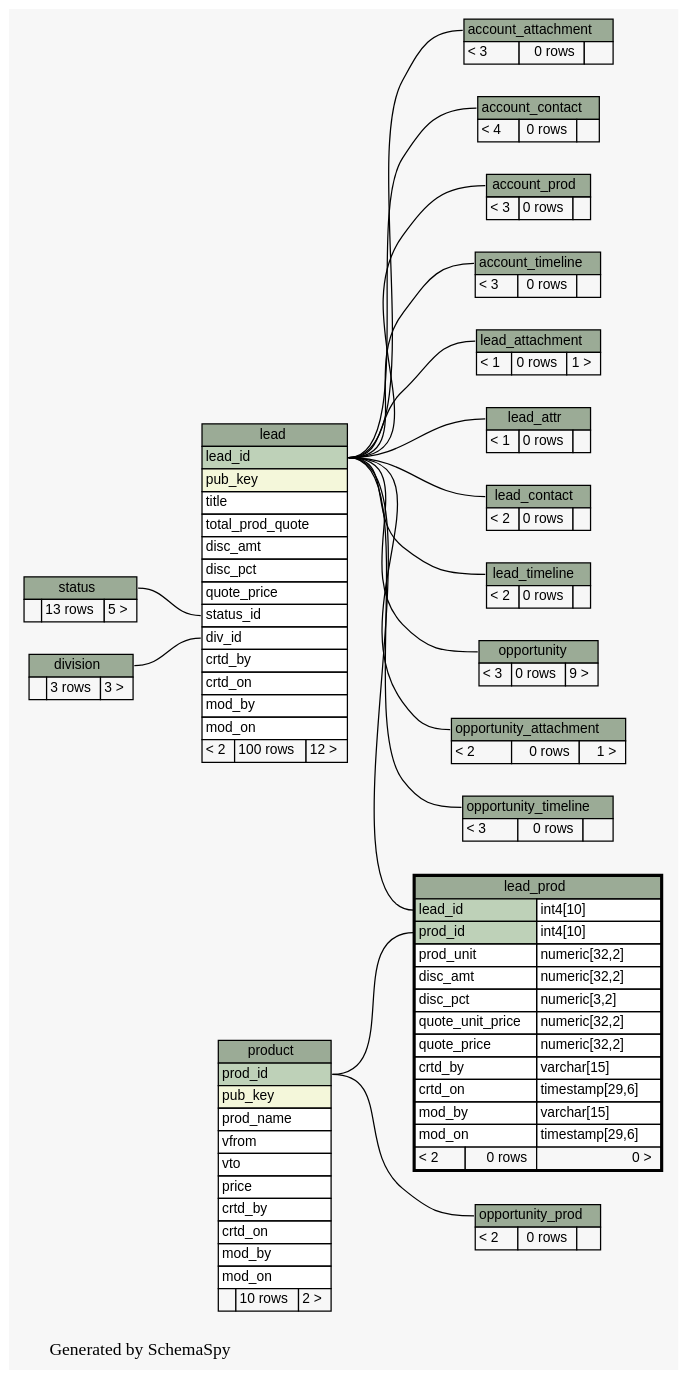
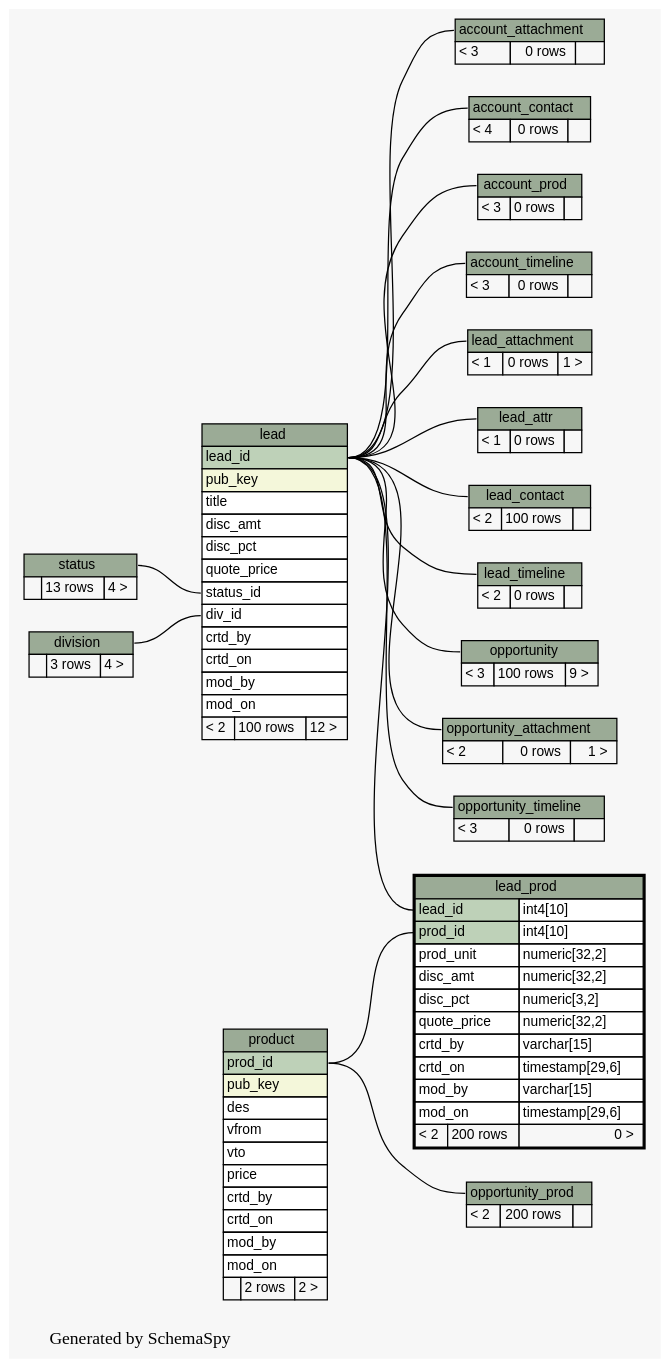
One commit to engineerscraft/salesforce changed the diagram in docs/database/schemaspy/graphs/lead_prod.2degrees.dot. Above: the diagram before and after it, drawn with Graphviz. The commit also changed 206 other files, not shown here.

```diff
--- a/docs/database/schemaspy/graphs/lead_prod.2degrees.dot
+++ b/docs/database/schemaspy/graphs/lead_prod.2degrees.dot
@@ -70,7 +70,7 @@
     label=<
     <TABLE BORDER="0" CELLBORDER="1" CELLSPACING="0" BGCOLOR="#ffffff">
       <TR><TD PORT="division.heading" COLSPAN="3" BGCOLOR="#9bab96" ALIGN="CENTER">division</TD></TR>
-      <TR><TD ALIGN="LEFT" BGCOLOR="#f7f7f7">  </TD><TD ALIGN="RIGHT" BGCOLOR="#f7f7f7">3 rows</TD><TD ALIGN="RIGHT" BGCOLOR="#f7f7f7">3 &gt;</TD></TR>
+      <TR><TD ALIGN="LEFT" BGCOLOR="#f7f7f7">  </TD><TD ALIGN="RIGHT" BGCOLOR="#f7f7f7">3 rows</TD><TD ALIGN="RIGHT" BGCOLOR="#f7f7f7">4 &gt;</TD></TR>
     </TABLE>>
     URL="division.html#graph"
     tooltip="division"
@@ -82,7 +82,6 @@
       <TR><TD PORT="lead_id" COLSPAN="3" BGCOLOR="#bed1b8" ALIGN="LEFT">lead_id</TD></TR>
       <TR><TD PORT="pub_key" COLSPAN="3" BGCOLOR="#f4f7da" ALIGN="LEFT">pub_key</TD></TR>
       <TR><TD PORT="title" COLSPAN="3" ALIGN="LEFT">title</TD></TR>
-      <TR><TD PORT="total_prod_quote" COLSPAN="3" ALIGN="LEFT">total_prod_quote</TD></TR>
       <TR><TD PORT="disc_amt" COLSPAN="3" ALIGN="LEFT">disc_amt</TD></TR>
       <TR><TD PORT="disc_pct" COLSPAN="3" ALIGN="LEFT">disc_pct</TD></TR>
       <TR><TD PORT="quote_price" COLSPAN="3" ALIGN="LEFT">quote_price</TD></TR>
@@ -119,7 +118,7 @@
     label=<
     <TABLE BORDER="0" CELLBORDER="1" CELLSPACING="0" BGCOLOR="#ffffff">
       <TR><TD PORT="lead_contact.heading" COLSPAN="3" BGCOLOR="#9bab96" ALIGN="CENTER">lead_contact</TD></TR>
-      <TR><TD ALIGN="LEFT" BGCOLOR="#f7f7f7">&lt; 2</TD><TD ALIGN="RIGHT" BGCOLOR="#f7f7f7">0 rows</TD><TD ALIGN="RIGHT" BGCOLOR="#f7f7f7">  </TD></TR>
+      <TR><TD ALIGN="LEFT" BGCOLOR="#f7f7f7">&lt; 2</TD><TD ALIGN="RIGHT" BGCOLOR="#f7f7f7">100 rows</TD><TD ALIGN="RIGHT" BGCOLOR="#f7f7f7">  </TD></TR>
     </TABLE>>
     URL="lead_contact.html#graph"
     tooltip="lead_contact"
@@ -133,13 +132,12 @@
       <TR><TD PORT="prod_unit" COLSPAN="2" ALIGN="LEFT">prod_unit</TD><TD PORT="prod_unit.type" ALIGN="LEFT">numeric[32,2]</TD></TR>
       <TR><TD PORT="disc_amt" COLSPAN="2" ALIGN="LEFT">disc_amt</TD><TD PORT="disc_amt.type" ALIGN="LEFT">numeric[32,2]</TD></TR>
       <TR><TD PORT="disc_pct" COLSPAN="2" ALIGN="LEFT">disc_pct</TD><TD PORT="disc_pct.type" ALIGN="LEFT">numeric[3,2]</TD></TR>
-      <TR><TD PORT="quote_unit_price" COLSPAN="2" ALIGN="LEFT">quote_unit_price</TD><TD PORT="quote_unit_price.type" ALIGN="LEFT">numeric[32,2]</TD></TR>
       <TR><TD PORT="quote_price" COLSPAN="2" ALIGN="LEFT">quote_price</TD><TD PORT="quote_price.type" ALIGN="LEFT">numeric[32,2]</TD></TR>
       <TR><TD PORT="crtd_by" COLSPAN="2" ALIGN="LEFT">crtd_by</TD><TD PORT="crtd_by.type" ALIGN="LEFT">varchar[15]</TD></TR>
       <TR><TD PORT="crtd_on" COLSPAN="2" ALIGN="LEFT">crtd_on</TD><TD PORT="crtd_on.type" ALIGN="LEFT">timestamp[29,6]</TD></TR>
       <TR><TD PORT="mod_by" COLSPAN="2" ALIGN="LEFT">mod_by</TD><TD PORT="mod_by.type" ALIGN="LEFT">varchar[15]</TD></TR>
       <TR><TD PORT="mod_on" COLSPAN="2" ALIGN="LEFT">mod_on</TD><TD PORT="mod_on.type" ALIGN="LEFT">timestamp[29,6]</TD></TR>
-      <TR><TD ALIGN="LEFT" BGCOLOR="#f7f7f7">&lt; 2</TD><TD ALIGN="RIGHT" BGCOLOR="#f7f7f7">0 rows</TD><TD ALIGN="RIGHT" BGCOLOR="#f7f7f7">0 &gt;</TD></TR>
+      <TR><TD ALIGN="LEFT" BGCOLOR="#f7f7f7">&lt; 2</TD><TD ALIGN="RIGHT" BGCOLOR="#f7f7f7">200 rows</TD><TD ALIGN="RIGHT" BGCOLOR="#f7f7f7">0 &gt;</TD></TR>
     </TABLE>>
     URL="lead_prod.html#"
     tooltip="lead_prod"
@@ -157,7 +155,7 @@
     label=<
     <TABLE BORDER="0" CELLBORDER="1" CELLSPACING="0" BGCOLOR="#ffffff">
       <TR><TD PORT="opportunity.heading" COLSPAN="3" BGCOLOR="#9bab96" ALIGN="CENTER">opportunity</TD></TR>
-      <TR><TD ALIGN="LEFT" BGCOLOR="#f7f7f7">&lt; 3</TD><TD ALIGN="RIGHT" BGCOLOR="#f7f7f7">0 rows</TD><TD ALIGN="RIGHT" BGCOLOR="#f7f7f7">9 &gt;</TD></TR>
+      <TR><TD ALIGN="LEFT" BGCOLOR="#f7f7f7">&lt; 3</TD><TD ALIGN="RIGHT" BGCOLOR="#f7f7f7">100 rows</TD><TD ALIGN="RIGHT" BGCOLOR="#f7f7f7">9 &gt;</TD></TR>
     </TABLE>>
     URL="opportunity.html#graph"
     tooltip="opportunity"
@@ -175,7 +173,7 @@
     label=<
     <TABLE BORDER="0" CELLBORDER="1" CELLSPACING="0" BGCOLOR="#ffffff">
       <TR><TD PORT="opportunity_prod.heading" COLSPAN="3" BGCOLOR="#9bab96" ALIGN="CENTER">opportunity_prod</TD></TR>
-      <TR><TD ALIGN="LEFT" BGCOLOR="#f7f7f7">&lt; 2</TD><TD ALIGN="RIGHT" BGCOLOR="#f7f7f7">0 rows</TD><TD ALIGN="RIGHT" BGCOLOR="#f7f7f7">  </TD></TR>
+      <TR><TD ALIGN="LEFT" BGCOLOR="#f7f7f7">&lt; 2</TD><TD ALIGN="RIGHT" BGCOLOR="#f7f7f7">200 rows</TD><TD ALIGN="RIGHT" BGCOLOR="#f7f7f7">  </TD></TR>
     </TABLE>>
     URL="opportunity_prod.html#graph"
     tooltip="opportunity_prod"
@@ -195,7 +193,7 @@
       <TR><TD PORT="product.heading" COLSPAN="3" BGCOLOR="#9bab96" ALIGN="CENTER">product</TD></TR>
       <TR><TD PORT="prod_id" COLSPAN="3" BGCOLOR="#bed1b8" ALIGN="LEFT">prod_id</TD></TR>
       <TR><TD PORT="pub_key" COLSPAN="3" BGCOLOR="#f4f7da" ALIGN="LEFT">pub_key</TD></TR>
-      <TR><TD PORT="prod_name" COLSPAN="3" ALIGN="LEFT">prod_name</TD></TR>
+      <TR><TD PORT="des" COLSPAN="3" ALIGN="LEFT">des</TD></TR>
       <TR><TD PORT="vfrom" COLSPAN="3" ALIGN="LEFT">vfrom</TD></TR>
       <TR><TD PORT="vto" COLSPAN="3" ALIGN="LEFT">vto</TD></TR>
       <TR><TD PORT="price" COLSPAN="3" ALIGN="LEFT">price</TD></TR>
@@ -203,7 +201,7 @@
       <TR><TD PORT="crtd_on" COLSPAN="3" ALIGN="LEFT">crtd_on</TD></TR>
       <TR><TD PORT="mod_by" COLSPAN="3" ALIGN="LEFT">mod_by</TD></TR>
       <TR><TD PORT="mod_on" COLSPAN="3" ALIGN="LEFT">mod_on</TD></TR>
-      <TR><TD ALIGN="LEFT" BGCOLOR="#f7f7f7">  </TD><TD ALIGN="RIGHT" BGCOLOR="#f7f7f7">10 rows</TD><TD ALIGN="RIGHT" BGCOLOR="#f7f7f7">2 &gt;</TD></TR>
+      <TR><TD ALIGN="LEFT" BGCOLOR="#f7f7f7">  </TD><TD ALIGN="RIGHT" BGCOLOR="#f7f7f7">2 rows</TD><TD ALIGN="RIGHT" BGCOLOR="#f7f7f7">2 &gt;</TD></TR>
     </TABLE>>
     URL="product.html#graph"
     tooltip="product"
@@ -212,7 +210,7 @@
     label=<
     <TABLE BORDER="0" CELLBORDER="1" CELLSPACING="0" BGCOLOR="#ffffff">
       <TR><TD PORT="status.heading" COLSPAN="3" BGCOLOR="#9bab96" ALIGN="CENTER">status</TD></TR>
-      <TR><TD ALIGN="LEFT" BGCOLOR="#f7f7f7">  </TD><TD ALIGN="RIGHT" BGCOLOR="#f7f7f7">13 rows</TD><TD ALIGN="RIGHT" BGCOLOR="#f7f7f7">5 &gt;</TD></TR>
+      <TR><TD ALIGN="LEFT" BGCOLOR="#f7f7f7">  </TD><TD ALIGN="RIGHT" BGCOLOR="#f7f7f7">13 rows</TD><TD ALIGN="RIGHT" BGCOLOR="#f7f7f7">4 &gt;</TD></TR>
     </TABLE>>
     URL="status.html#graph"
     tooltip="status"
```
